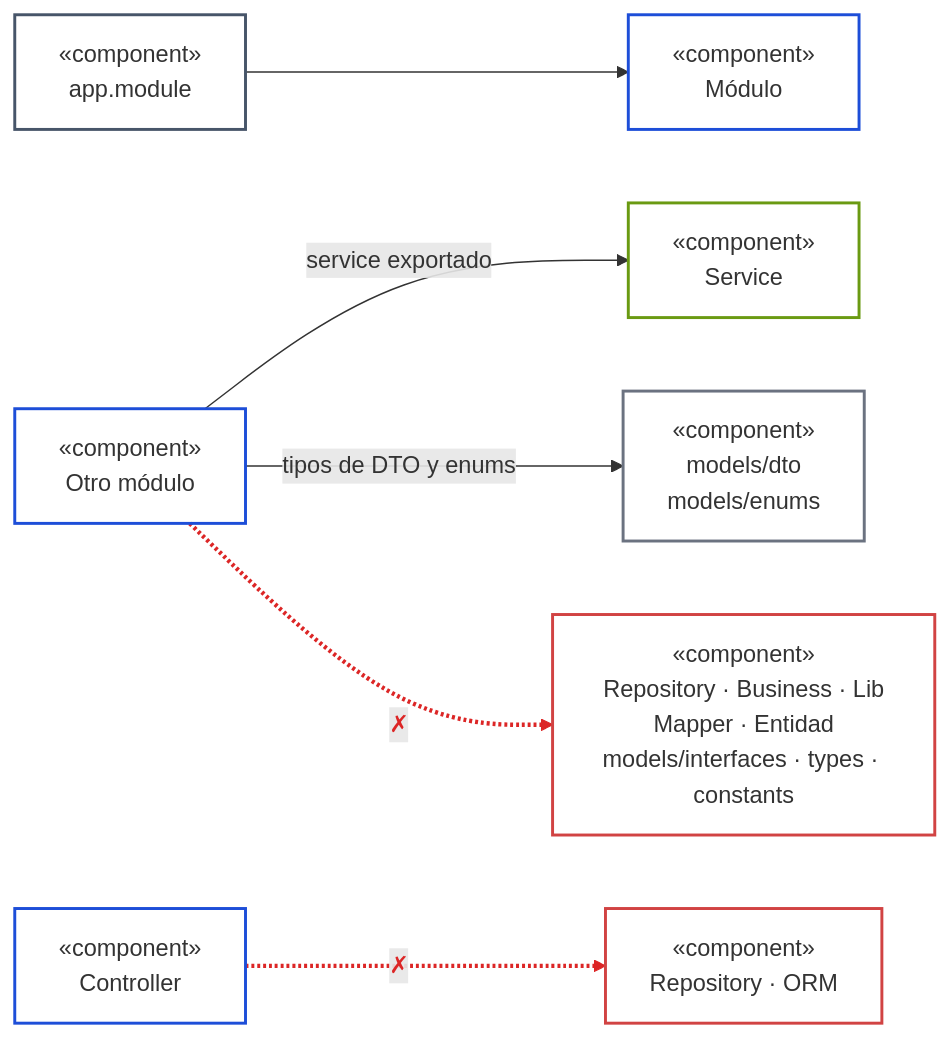
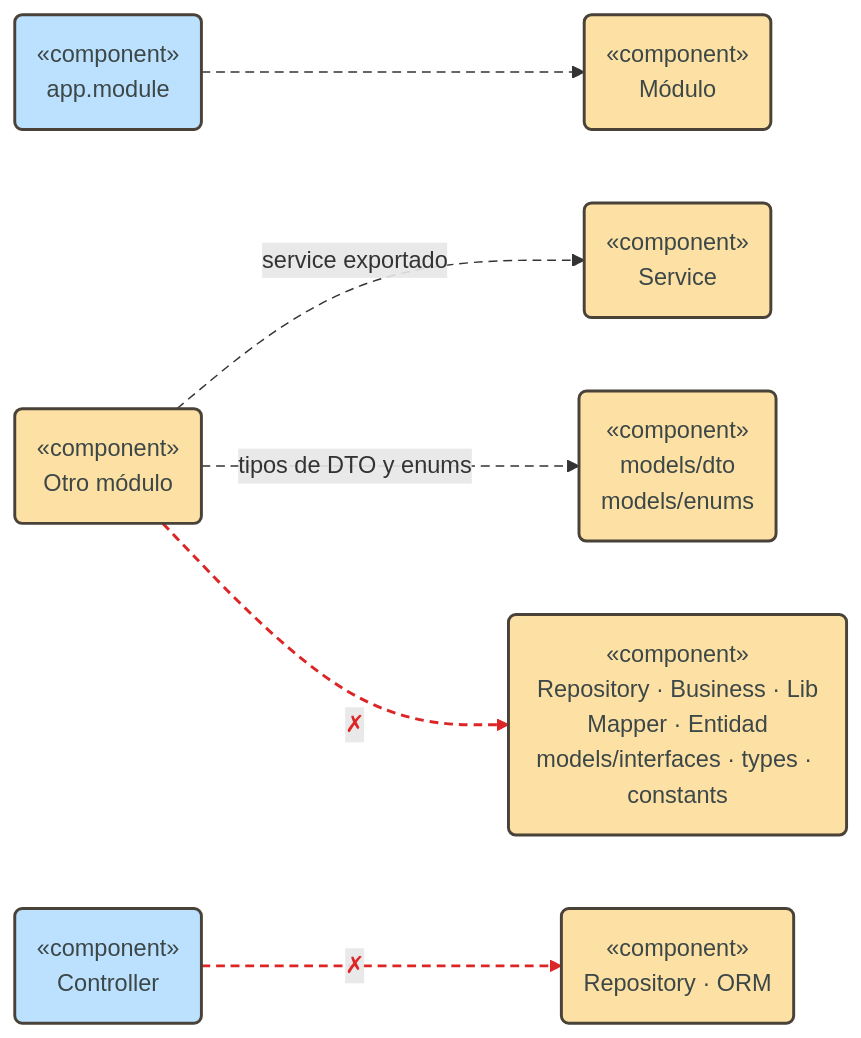
Before and after one commit to pcarroza91/nest-template: the fourth of 15 diagrams in docs/architecture/modular-microservice.md, drawn with Mermaid. The commit also changed other lines of this file and 2 other files, not shown here.

First line of the commit message:
docs(architecture): aplica el estilo pastel por rol a los diagramas Mermaid

````diff
--- a/docs/architecture/modular-microservice.md
+++ b/docs/architecture/modular-microservice.md
@@ -392,20 +382,15 @@
 ```mermaid
 flowchart LR
-    APPM["«component»<br/>app.module"] --> M["«component»<br/>Módulo"]
-    X["«component»<br/>Otro módulo"] -- "service exportado" --> S["«component»<br/>Service"]
-    X -- "tipos de DTO y enums" --> D["«component»<br/>models/dto<br/>models/enums"]
-    X -. "✗" .-> R["«component»<br/>Repository · Business · Lib<br/>Mapper · Entidad<br/>models/interfaces · types · constants"]
-    C["«component»<br/>Controller"] -. "✗" .-> R2["«component»<br/>Repository · ORM"]
+    APPM("«component»<br/>app.module") --> M("«component»<br/>Módulo")
+    X("«component»<br/>Otro módulo") -- "service exportado" --> S("«component»<br/>Service")
+    X -- "tipos de DTO y enums" --> D("«component»<br/>models/dto<br/>models/enums")
+    X -. "✗" .-> R("«component»<br/>Repository · Business · Lib<br/>Mapper · Entidad<br/>models/interfaces · types · constants")
+    C("«component»<br/>Controller") -. "✗" .-> R2("«component»<br/>Repository · ORM")
 
-    classDef routes fill:transparent,stroke:#475569,stroke-width:2px
-    classDef page fill:transparent,stroke:#1d4ed8,stroke-width:2px
-    classDef service fill:transparent,stroke:#6a9a12,stroke-width:2px
-    classDef pure fill:transparent,stroke:#6b7280,stroke-width:2px
-    classDef core fill:transparent,stroke:#d14343,stroke-width:2px
-    class APPM routes
-    class M,X,C page
-    class S service
-    class D pure
-    class R,R2 core
-    linkStyle 3,4 stroke:#dc2626,stroke-width:3px,color:#dc2626
+    classDef entry fill:#bce1ff,stroke:#494238,stroke-width:2px,color:#3c4747
+    classDef domain fill:#fde0a3,stroke:#494238,stroke-width:2px,color:#3c4747
+    class APPM,C entry
+    class M,X,S,D,R,R2 domain
+    linkStyle default stroke-dasharray:6 4
+    linkStyle 3,4 stroke:#dc2626,stroke-width:2px,color:#dc2626
 ```
````
